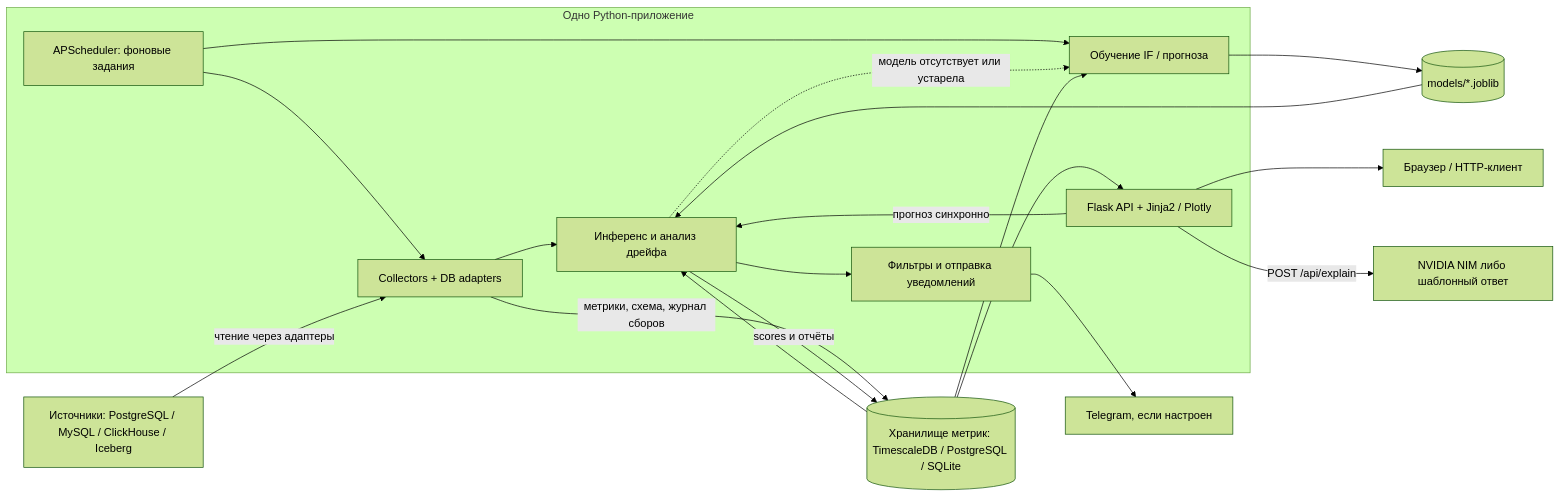
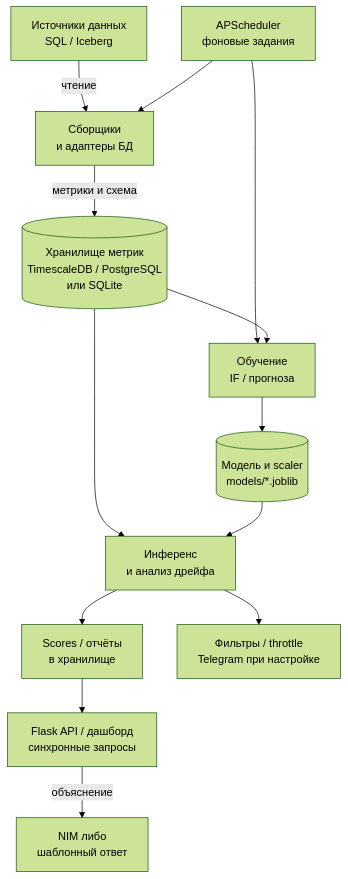
Before and after one commit to aleksandr-novikov/ai-integration-development: the diagram in docs/Architecture.md, drawn with Mermaid (forest theme). The commit also changed other lines of this file and 1 other file, not shown here.

Commit message:
docs: simplify architecture diagram for readable preview

````diff
--- a/docs/Architecture.md
+++ b/docs/Architecture.md
@@ -9,29 +9,15 @@
 ```mermaid
-flowchart LR
-    DB["Источники: PostgreSQL / MySQL / ClickHouse / Iceberg"]
-    subgraph APP["Одно Python-приложение"]
-        SCH["APScheduler: фоновые задания"]
-        COL["Collectors + DB adapters"]
-        TRAIN["Обучение IF / прогноза"]
-        SCORE["Инференс и анализ дрейфа"]
-        API["Flask API + Jinja2 / Plotly"]
-        ALERT["Фильтры и отправка уведомлений"]
-        SCH --> COL
-        SCH --> TRAIN
-        COL --> SCORE
-        SCORE --> ALERT
-        API -->|"прогноз синхронно"| SCORE
-        SCORE -.->|"модель отсутствует или устарела"| TRAIN
-    end
-    DB -->|"чтение через адаптеры"| COL
-    COL -->|"метрики, схема, журнал сборов"| STORE[("Хранилище метрик: TimescaleDB / PostgreSQL / SQLite")]
+flowchart TB
+    DB["Источники данных<br/>SQL / Iceberg"] -->|"чтение"| COL["Сборщики<br/>и адаптеры БД"]
+    SCH["APScheduler<br/>фоновые задания"] --> COL
+    COL -->|"метрики и схема"| STORE[("Хранилище метрик<br/>TimescaleDB / PostgreSQL<br/>или SQLite")]
+    SCH --> TRAIN["Обучение<br/>IF / прогноза"]
     STORE --> TRAIN
-    STORE --> SCORE
-    TRAIN --> MODEL[("models/*.joblib")]
+    TRAIN --> MODEL[("Модель и scaler<br/>models/*.joblib")]
+    STORE --> SCORE["Инференс<br/>и анализ дрейфа"]
     MODEL --> SCORE
-    SCORE -->|"scores и отчёты"| STORE
-    STORE --> API
-    API --> UI["Браузер / HTTP-клиент"]
-    ALERT --> TG["Telegram, если настроен"]
-    API -->|"POST /api/explain"| LLM["NVIDIA NIM либо шаблонный ответ"]
+    SCORE --> OUT["Scores / отчёты<br/>в хранилище"]
+    OUT --> API["Flask API / дашборд<br/>синхронные запросы"]
+    SCORE --> ALERT["Фильтры / throttle<br/>Telegram при настройке"]
+    API -->|"объяснение"| LLM["NIM либо<br/>шаблонный ответ"]
 ```
````
